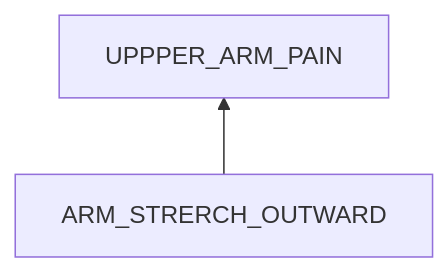
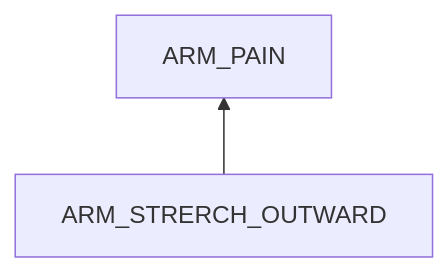
Before and after one commit to SuxinL/Notes: the diagram in productivity/typing/comfort/arm_pain.md, drawn with Mermaid. The commit also changed other lines of this file, not shown here.

Commit message:
productivity/typing/comfort/arm_pain.md updated from https://stackedit.io/

````diff
--- a/productivity/typing/comfort/arm_pain.md
+++ b/productivity/typing/comfort/arm_pain.md
@@ -85,4 +47,4 @@
 ```mermaid
 flowchart BT
-	ARM_STRERCH_OUTWARD --> UPPPER_ARM_PAIN
+	ARM_STRERCH_OUTWARD --> ARM_PAIN
 ```
````
